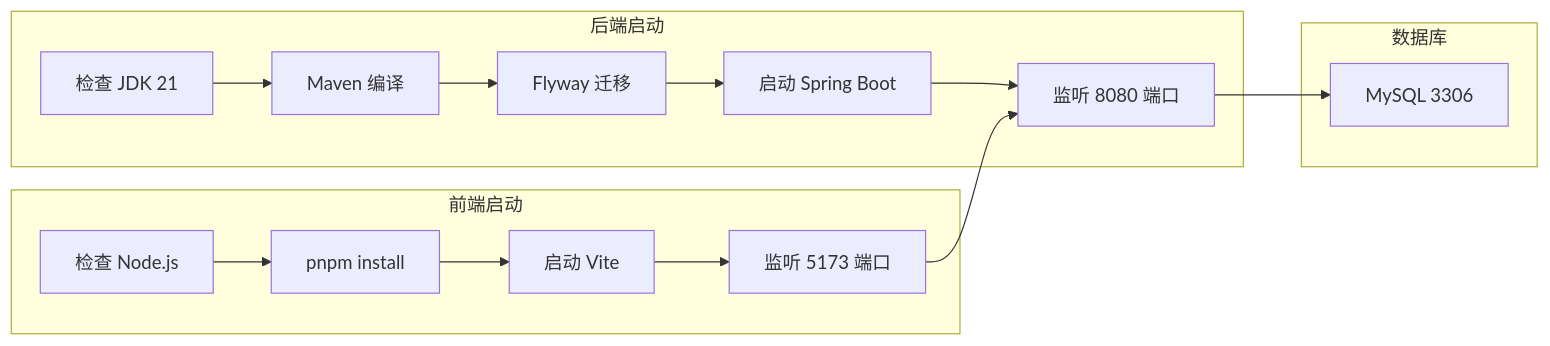
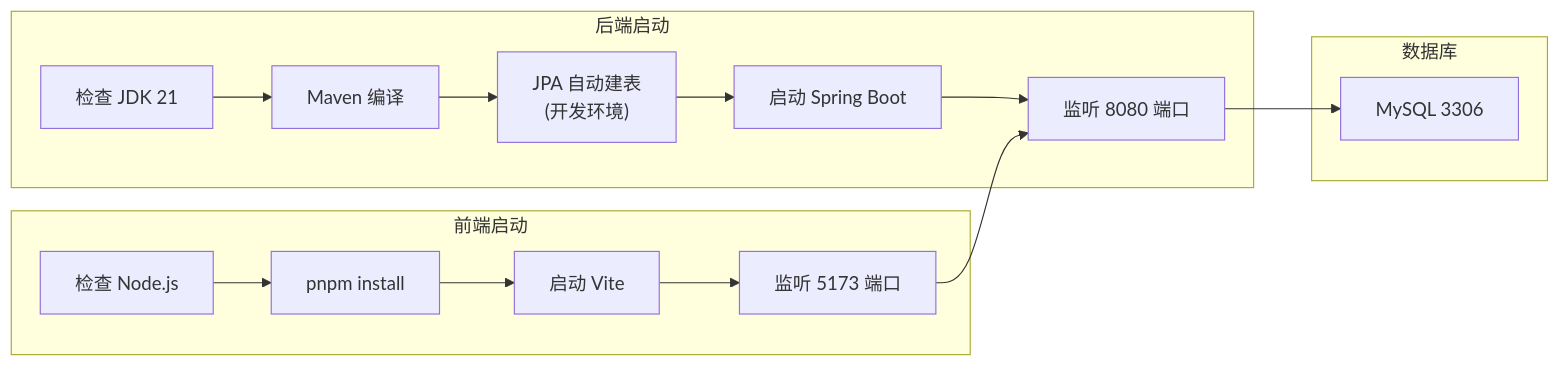
One commit to jjhhyyg/process-card-docs changed the diagram in content/getting-started/environment-setup.md. Above: the diagram before and after it, drawn with Mermaid. The commit also changed other lines of this file and 3 other files, not shown here.

````diff
--- a/content/getting-started/environment-setup.md
+++ b/content/getting-started/environment-setup.md
@@ -268,22 +273,22 @@
 ```mermaid
 flowchart LR
     subgraph Backend["后端启动"]
         B1["检查 JDK 21"] --> B2["Maven 编译"]
-        B2 --> B3["Flyway 迁移"]
+        B2 --> B3["JPA 自动建表<br/>(开发环境)"]
         B3 --> B4["启动 Spring Boot"]
         B4 --> B5["监听 8080 端口"]
     end
     
     subgraph Frontend["前端启动"]
         F1["检查 Node.js"] --> F2["pnpm install"]
         F2 --> F3["启动 Vite"]
         F3 --> F4["监听 5173 端口"]
     end
     
     subgraph Database["数据库"]
         DB["MySQL 3306"]
     end
     
     B5 --> DB
     F4 --> B5
 ```
````
